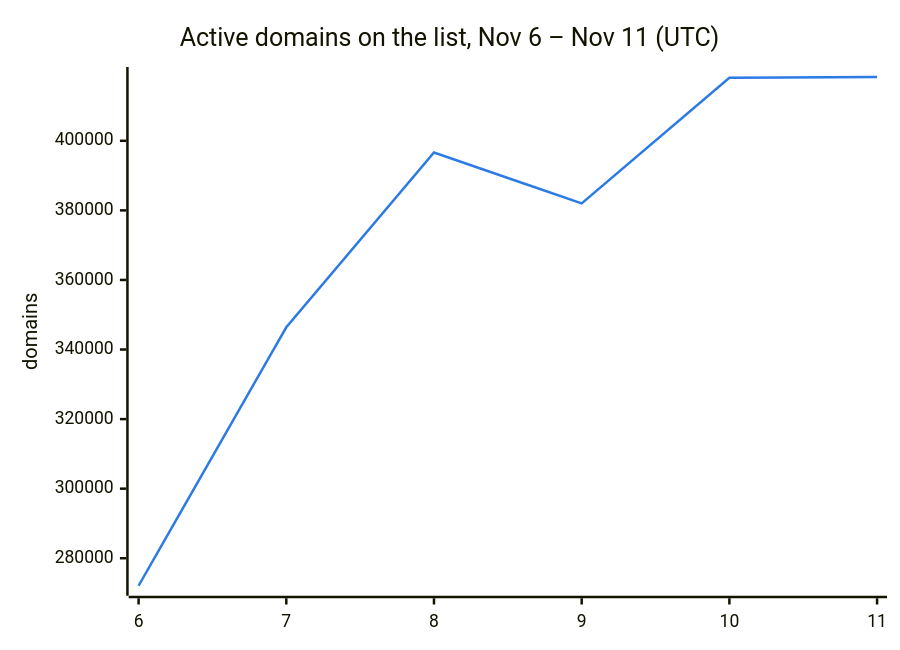
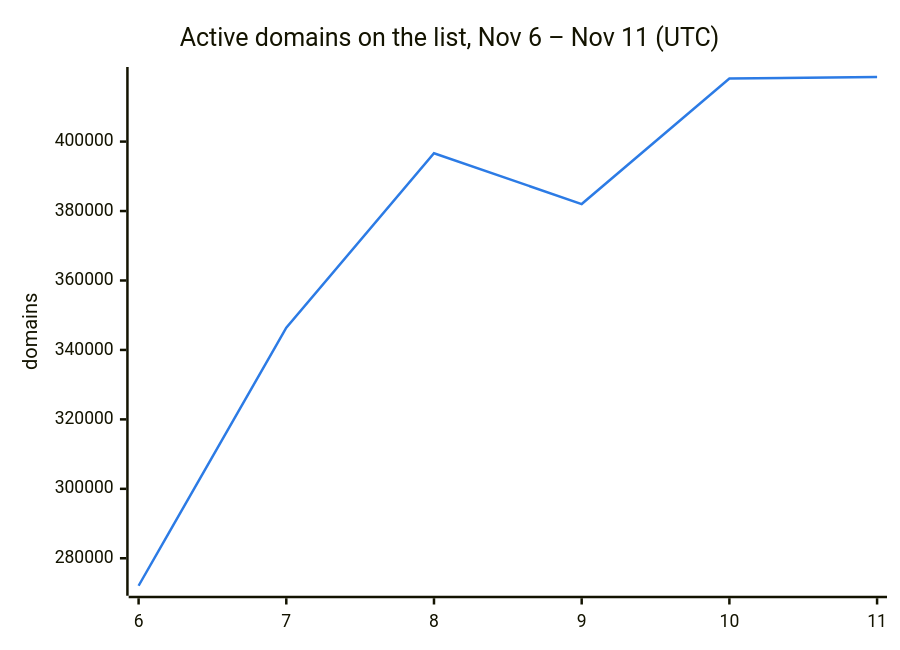
The second of 3 diagrams in README.md (DNSBunker/CTI), drawn with Mermaid before and after one commit. The commit also changed other lines of this file and 3 other files, not shown here.

````diff
--- a/README.md
+++ b/README.md
@@ -38,8 +38,8 @@
 ```mermaid
 %%{init: {"themeVariables": {"xyChart": {"plotColorPalette": "#2c7be5"}}}}%%
 xychart-beta
     title "Active domains on the list, Nov 6 – Nov 11 (UTC)"
     x-axis ["6", "7", "8", "9", "10", "11"]
     y-axis "domains"
-    line [272088, 346388, 396638, 382009, 418143, 418342]
+    line [272088, 346388, 396638, 382009, 418143, 418602]
 ```
````
